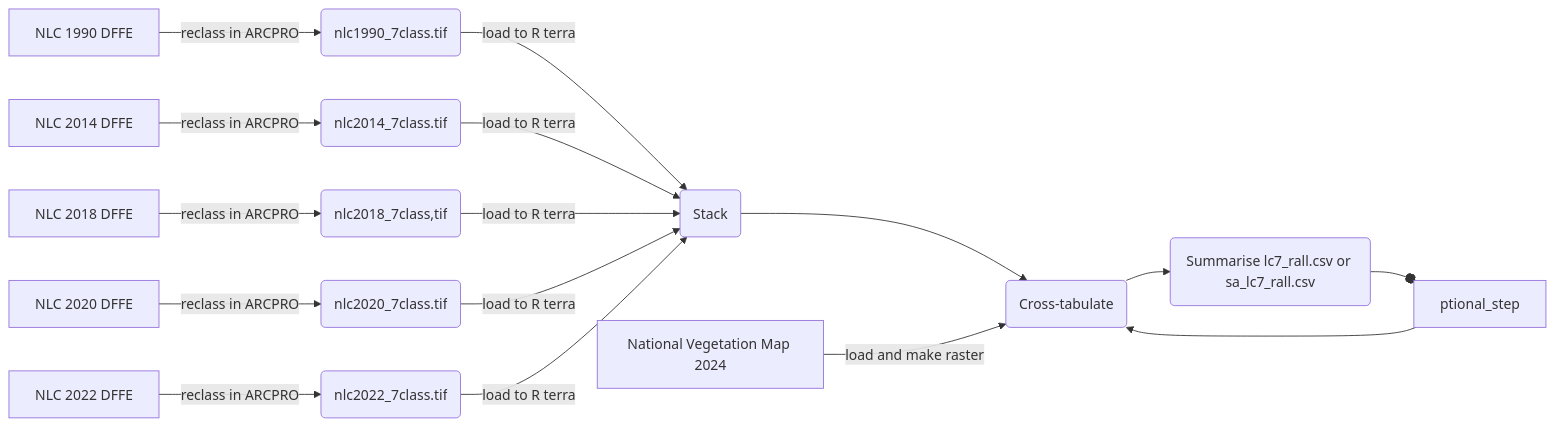
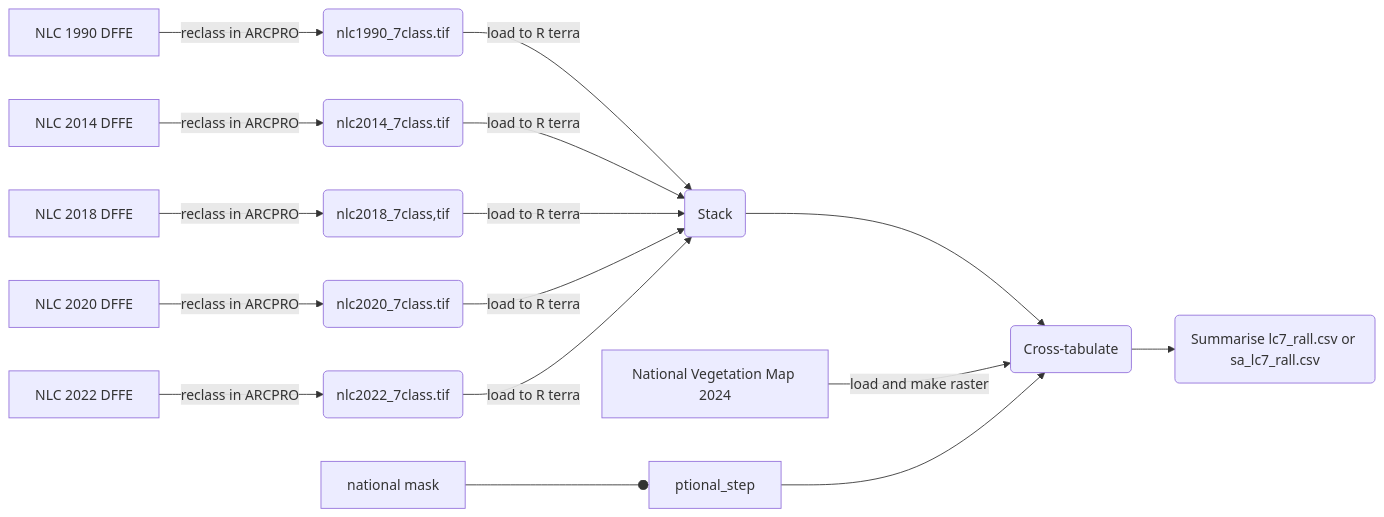
One commit to askowno/LLC_terr changed the diagram in README.md. Above: the diagram before and after it, drawn with Mermaid.

Commit message:
update mermaid

````diff
--- a/README.md
+++ b/README.md
@@ -23,12 +23,12 @@
 ``` mermaid
 flowchart LR
 A[NLC 1990 DFFE]--reclass in ARCPRO--> B(nlc1990_7class.tif) --load to R terra--> K(Stack); 
 C[NLC 2014 DFFE]--reclass in ARCPRO--> D(nlc2014_7class.tif) --load to R terra--> K(Stack); 
 E[NLC 2018 DFFE]--reclass in ARCPRO--> F(nlc2018_7class,tif) --load to R terra--> K(Stack);
 G[NLC 2020 DFFE]--reclass in ARCPRO--> H(nlc2020_7class.tif) --load to R terra--> K(Stack);
 I[NLC 2022 DFFE]--reclass in ARCPRO--> J(nlc2022_7class.tif) --load to R terra--> K(Stack);
 K--> L(Cross-tabulate);
 M[National Vegetation Map 2024] --load and make raster --> L;
 N[national mask] --optional_step--> L;
-L--> N(Summarise lc7_rall.csv or sa_lc7_rall.csv);
+L--> O(Summarise lc7_rall.csv or sa_lc7_rall.csv);
 ```
````
